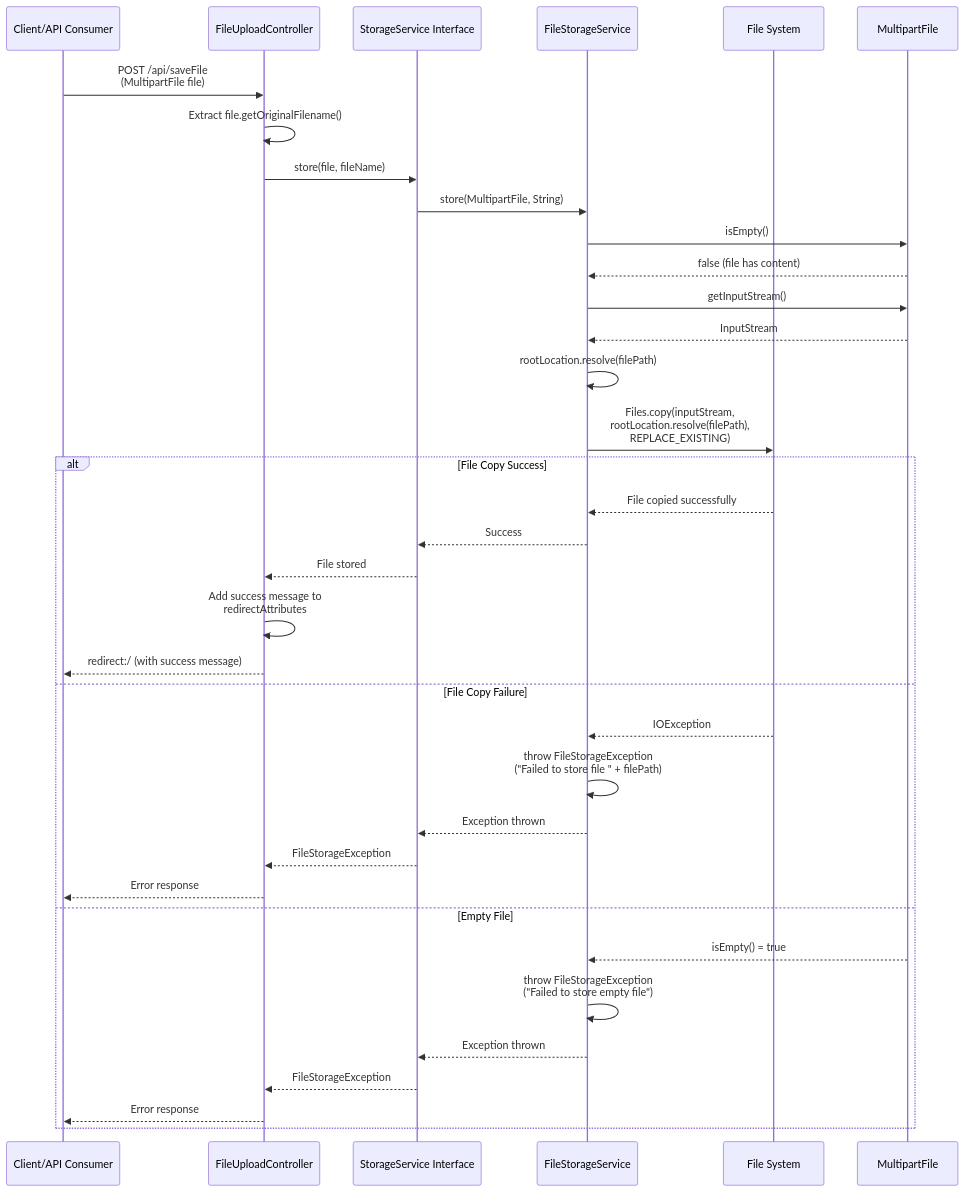
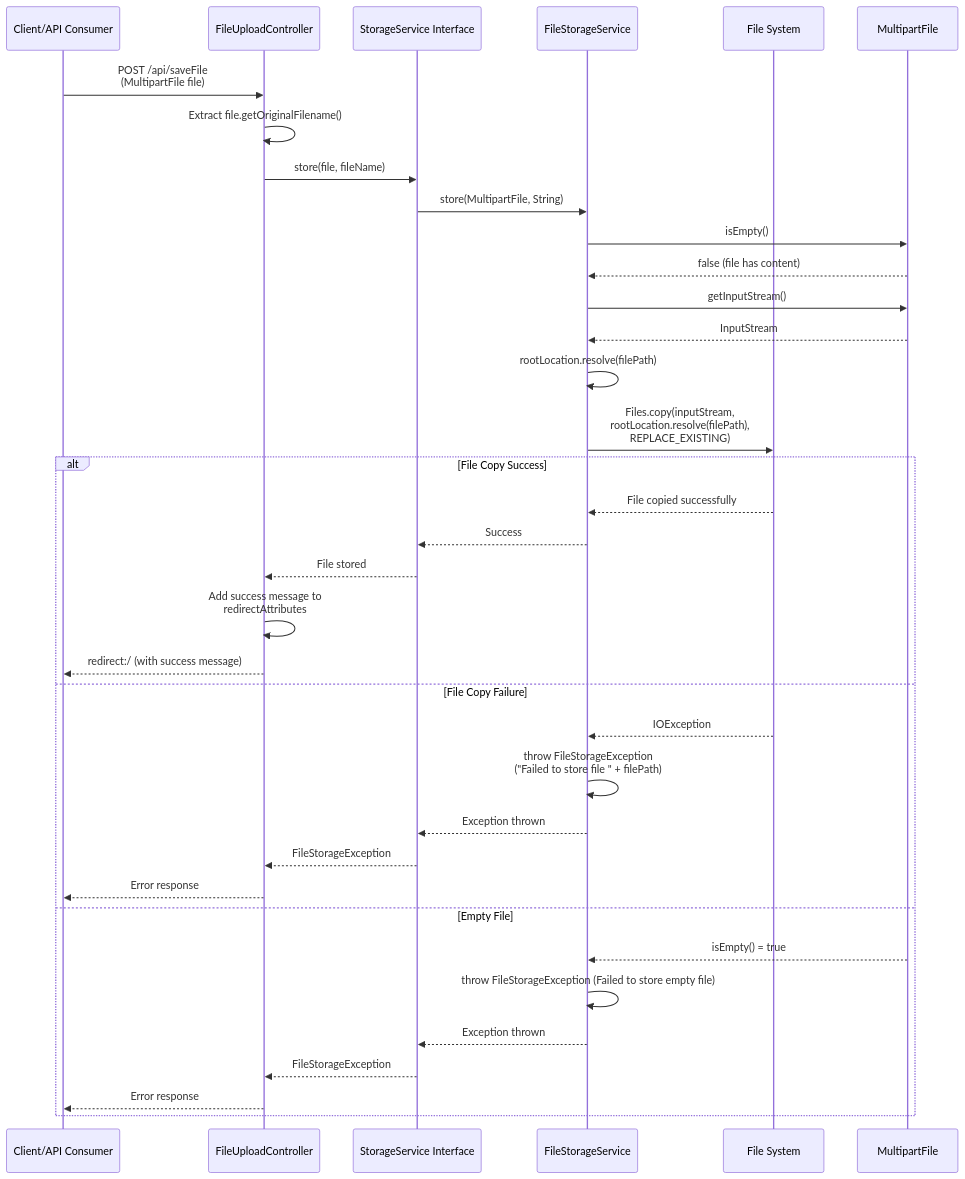
One commit to sarthak-kanungo/MyProjectITLDIS changed the second of 7 diagrams in KUBOTA/KUBOTA-BACKENED/STORAGE_MODULE_SEQUENCE_DIAGRAMS.md. Above: the diagram before and after it, drawn with Mermaid. The commit also changed other lines of this file and 41 other files, not shown here.

First line of the commit message:
Refactor sequence diagrams and improve Mermaid syntax handling

````diff
--- a/KUBOTA/KUBOTA-BACKENED/STORAGE_MODULE_SEQUENCE_DIAGRAMS.md
+++ b/KUBOTA/KUBOTA-BACKENED/STORAGE_MODULE_SEQUENCE_DIAGRAMS.md
@@ -63,43 +63,43 @@
 ```mermaid
 sequenceDiagram
     participant Client as Client/API Consumer
     participant FileUploadController as FileUploadController
     participant StorageService as StorageService Interface
     participant FileStorageService as FileStorageService
     participant FileSystem as File System
     participant MultipartFile as MultipartFile
 
     Client->>FileUploadController: POST /api/saveFile<br/>(MultipartFile file)
     FileUploadController->>FileUploadController: Extract file.getOriginalFilename()
     FileUploadController->>StorageService: store(file, fileName)
     StorageService->>FileStorageService: store(MultipartFile, String)
     
     FileStorageService->>MultipartFile: isEmpty()
     MultipartFile-->>FileStorageService: false (file has content)
     
     FileStorageService->>MultipartFile: getInputStream()
     MultipartFile-->>FileStorageService: InputStream
     
     FileStorageService->>FileStorageService: rootLocation.resolve(filePath)
     FileStorageService->>FileSystem: Files.copy(inputStream,<br/>rootLocation.resolve(filePath),<br/>REPLACE_EXISTING)
     
     alt File Copy Success
         FileSystem-->>FileStorageService: File copied successfully
         FileStorageService-->>StorageService: Success
         StorageService-->>FileUploadController: File stored
         FileUploadController->>FileUploadController: Add success message to<br/>redirectAttributes
         FileUploadController-->>Client: redirect:/ (with success message)
     else File Copy Failure
         FileSystem-->>FileStorageService: IOException
         FileStorageService->>FileStorageService: throw FileStorageException<br/>("Failed to store file " + filePath)
         FileStorageService-->>StorageService: Exception thrown
         StorageService-->>FileUploadController: FileStorageException
         FileUploadController-->>Client: Error response
     else Empty File
         MultipartFile-->>FileStorageService: isEmpty() = true
-        FileStorageService->>FileStorageService: throw FileStorageException<br/>("Failed to store empty file")
+        FileStorageService->>FileStorageService: throw FileStorageException (Failed to store empty file)
         FileStorageService-->>StorageService: Exception thrown
         StorageService-->>FileUploadController: FileStorageException
         FileUploadController-->>Client: Error response
     end
 ```
````
